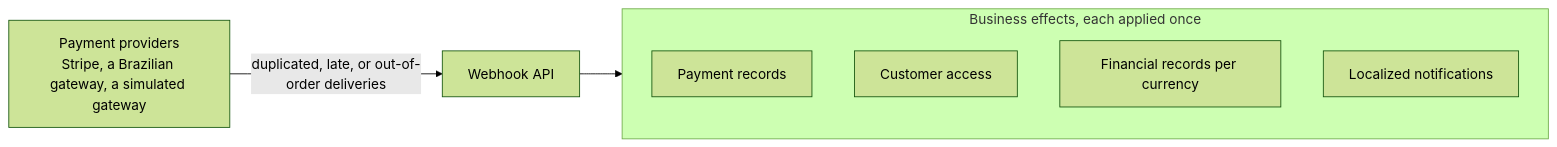
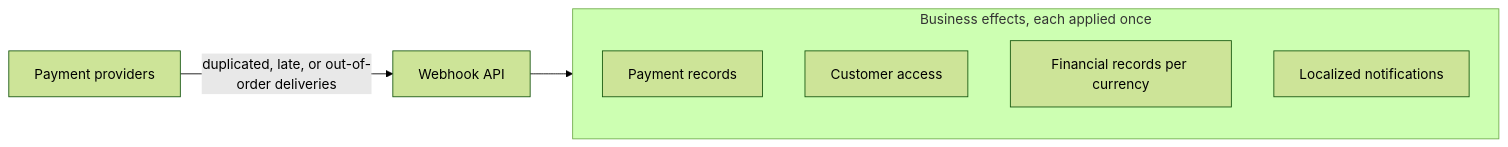
Before and after one commit to gabrielroriz/aws-resilient-payment-flow: the first of 2 diagrams in README.md, drawn with Mermaid (forest theme). The commit also changed other lines of this file and 17 other files, not shown here.

First line of the commit message:
docs: restructure the README and organize guides into architecture and guides

````diff
--- a/README.md
+++ b/README.md
@@ -26,13 +26,13 @@
 ```mermaid
 flowchart LR
-    Providers["Payment providers<br/>Stripe, a Brazilian gateway, a simulated gateway"]
+    Providers["Payment providers"]
     API["Webhook API"]
     subgraph Effects["Business effects, each applied once"]
         Payments["Payment records"]
         Access["Customer access"]
         Ledger["Financial records per currency"]
         Notifications["Localized notifications"]
     end
     Providers -->|"duplicated, late, or out-of-order deliveries"| API
     API --> Effects
 ```
````
